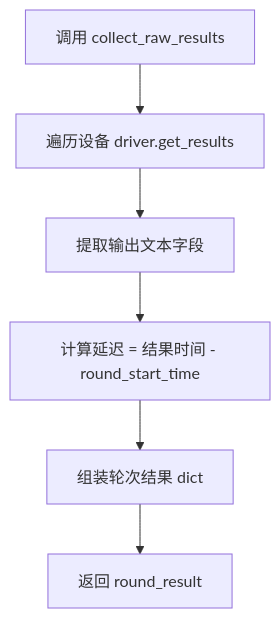
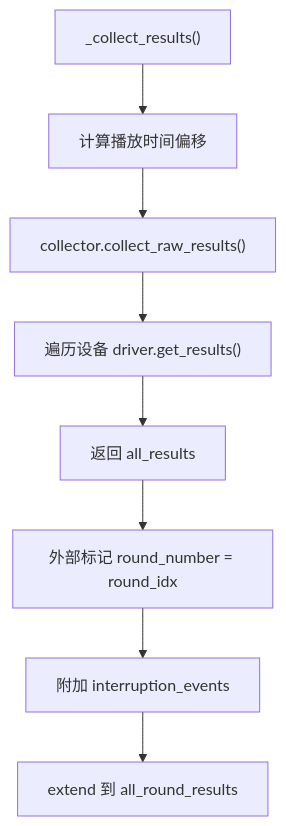
The diagram in Intelligent-Audio-TEST/doc/voice_llm/04_执行测试/backend/22_E2E每轮结果收集.md (ydz-auto/intelligent_audio_test), drawn with Mermaid before and after one commit. The commit also changed other lines of this file and 244 other files, not shown here.

````diff
--- a/Intelligent-Audio-TEST/doc/voice_llm/04_执行测试/backend/22_E2E每轮结果收集.md
+++ b/Intelligent-Audio-TEST/doc/voice_llm/04_执行测试/backend/22_E2E每轮结果收集.md
@@ -47,8 +30,10 @@
 ```mermaid
 graph TD
-    A[调用 collect_raw_results] --> B[遍历设备 driver.get_results]
-    B --> C[提取输出文本字段]
-    C --> D[计算延迟 = 结果时间 - round_start_time]
-    D --> E[组装轮次结果 dict]
-    E --> F[返回 round_result]
+    A["_collect_results()"] --> B["计算播放时间偏移"]
+    B --> C["collector.collect_raw_results()"]
+    C --> D["遍历设备 driver.get_results()"]
+    D --> E["返回 all_results"]
+    E --> F["外部标记 round_number = round_idx"]
+    F --> G["附加 interruption_events"]
+    G --> H["extend 到 all_round_results"]
 ```
````
